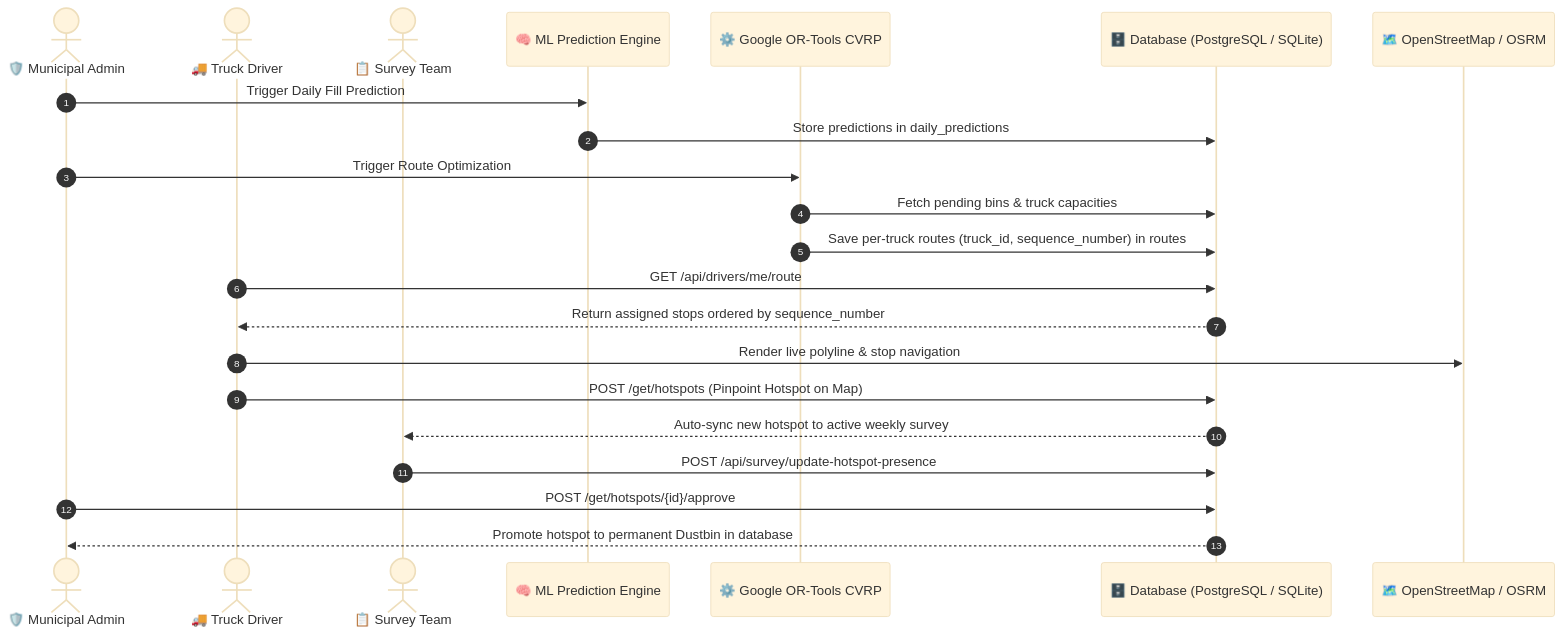
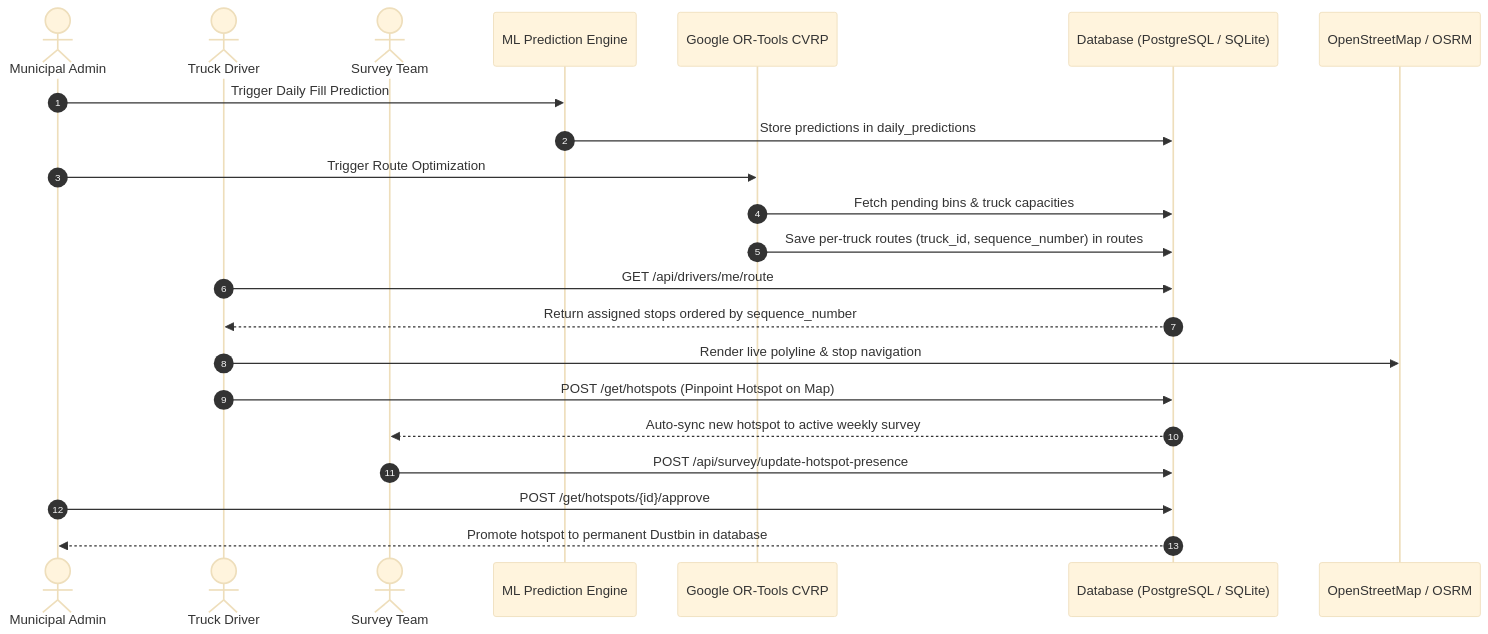
Before and after one commit to aditi0556/sih: the diagram in README.md, drawn with Mermaid (base theme). The commit also changed other lines of this file and 2 other files, not shown here.

````diff
--- a/README.md
+++ b/README.md
@@ -62,28 +64,28 @@
 ```mermaid
 sequenceDiagram
     autonumber
-    actor Admin as 🛡️ Municipal Admin
-    actor Driver as 🚚 Truck Driver
-    actor Surveyor as 📋 Survey Team
-    participant ML as 🧠 ML Prediction Engine
-    participant ORTools as ⚙️ Google OR-Tools CVRP
-    participant DB as 🗄️ Database (PostgreSQL / SQLite)
-    participant OSRM as 🗺️ OpenStreetMap / OSRM
+    actor Admin as Municipal Admin
+    actor Driver as Truck Driver
+    actor Surveyor as Survey Team
+    participant ML as ML Prediction Engine
+    participant ORTools as Google OR-Tools CVRP
+    participant DB as Database (PostgreSQL / SQLite)
+    participant OSRM as OpenStreetMap / OSRM
 
     Admin->>ML: Trigger Daily Fill Prediction
     ML->>DB: Store predictions in daily_predictions
     Admin->>ORTools: Trigger Route Optimization
     ORTools->>DB: Fetch pending bins & truck capacities
     ORTools->>DB: Save per-truck routes (truck_id, sequence_number) in routes
     
     Driver->>DB: GET /api/drivers/me/route
     DB-->>Driver: Return assigned stops ordered by sequence_number
     Driver->>OSRM: Render live polyline & stop navigation
     
     Driver->>DB: POST /get/hotspots (Pinpoint Hotspot on Map)
     DB-->>Surveyor: Auto-sync new hotspot to active weekly survey
     Surveyor->>DB: POST /api/survey/update-hotspot-presence
     
     Admin->>DB: POST /get/hotspots/{id}/approve
     DB-->>Admin: Promote hotspot to permanent Dustbin in database
 ```
````
